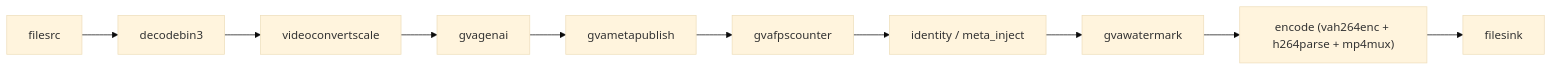
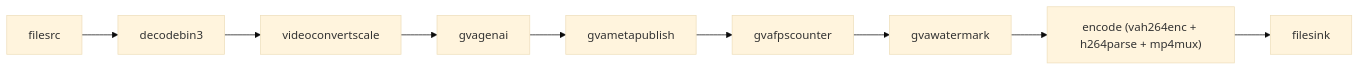
The diagram in samples/gstreamer/python/vlm_alerts/README.md (open-edge-platform/dlstreamer), drawn with Mermaid (base theme) before and after one commit. The commit also changed other lines of this file and 5 other files, not shown here.

````diff
--- a/samples/gstreamer/python/vlm_alerts/README.md
+++ b/samples/gstreamer/python/vlm_alerts/README.md
@@ -52,12 +52,11 @@
 ```mermaid
 graph LR
     A[filesrc] --> B[decodebin3]
     B --> C[videoconvertscale]
     C --> D[gvagenai]
     D --> E[gvametapublish]
     E --> F[gvafpscounter]
-    F --> G[identity / meta_inject]
-    G --> H[gvawatermark]
-    H --> I["encode (vah264enc + h264parse + mp4mux)"]
-    I --> J[filesink]
+    F --> G[gvawatermark]
+    G --> H["encode (vah264enc + h264parse + mp4mux)"]
+    H --> I[filesink]
 ```
````
